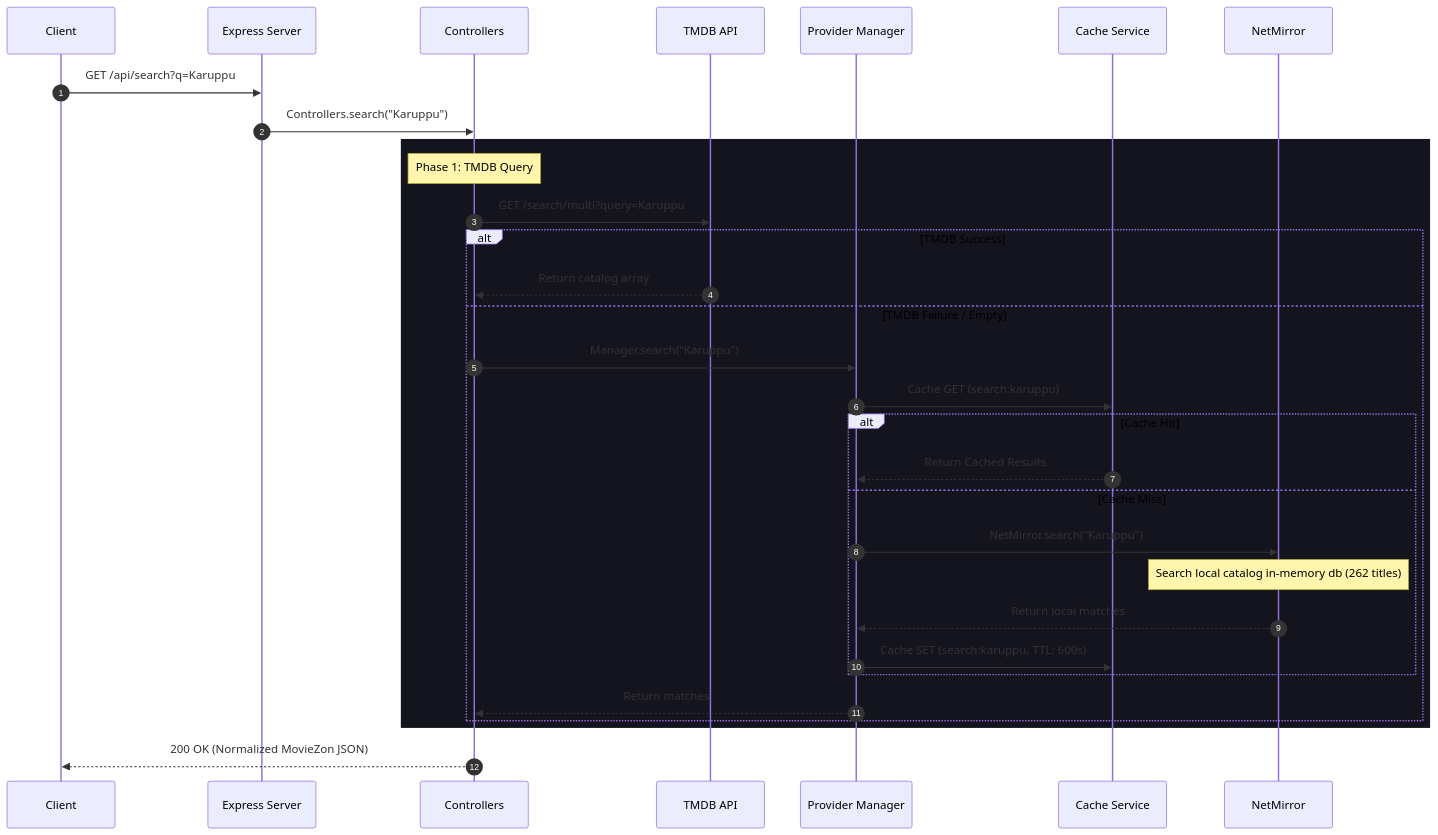
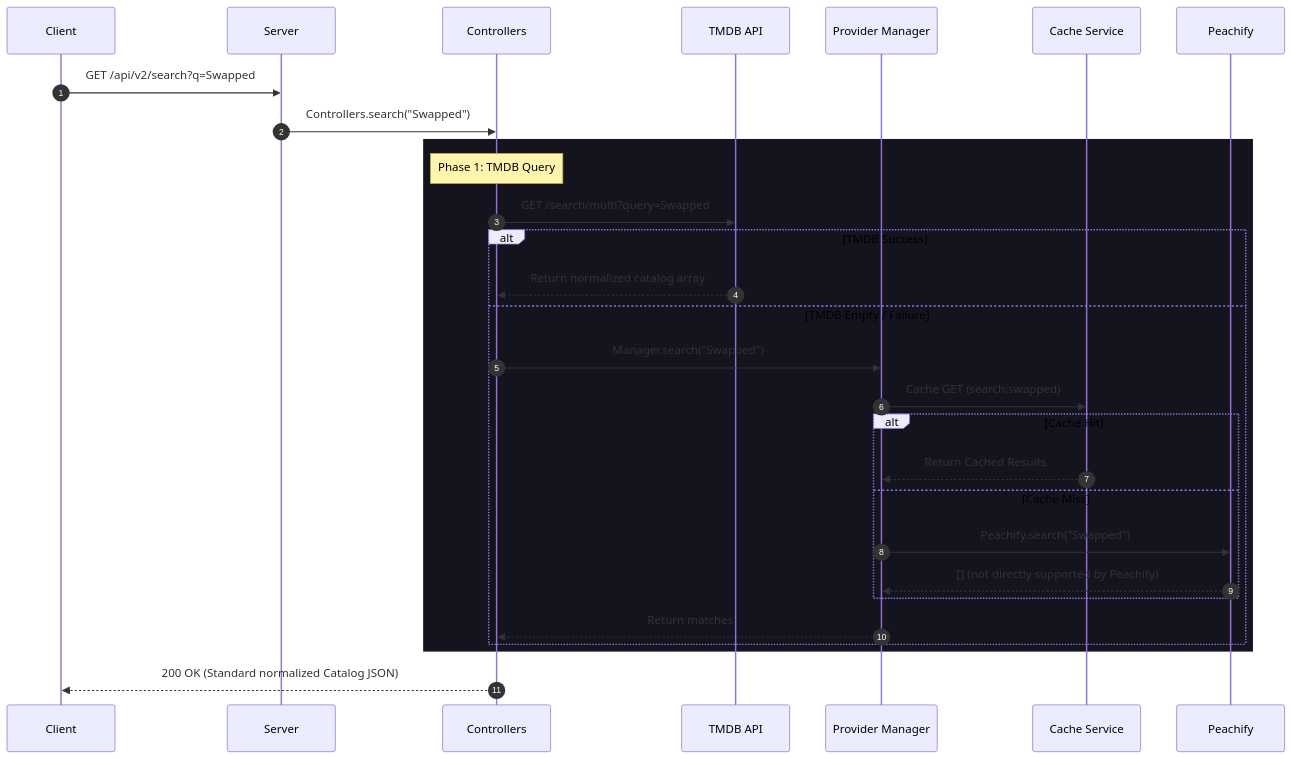
One commit to Kalaitechtubee/MovieZon-api changed the second of 6 diagrams in api_flow_documentation.md. Above: the diagram before and after it, drawn with Mermaid. The commit also changed other lines of this file and 14 other files, not shown here.

````diff
--- a/api_flow_documentation.md
+++ b/api_flow_documentation.md
@@ -58,28 +71,26 @@
 ```mermaid
 sequenceDiagram
     autonumber
-    Client->>Express Server: GET /api/search?q=Karuppu
-    Express Server->>Controllers: Controllers.search("Karuppu")
-
+    Client->>Server: GET /api/v2/search?q=Swapped
+    Server->>Controllers: Controllers.search("Swapped")
+    
     rect rgb(20, 20, 30)
         Note over Controllers: Phase 1: TMDB Query
-        Controllers->>TMDB API: GET /search/multi?query=Karuppu
+        Controllers->>TMDB API: GET /search/multi?query=Swapped
         alt TMDB Success
-            TMDB API-->>Controllers: Return catalog array
-        else TMDB Failure / Empty
-            Controllers->>Provider Manager: Manager.search("Karuppu")
-            Provider Manager->>Cache Service: Cache GET (search:karuppu)
+            TMDB API-->>Controllers: Return normalized catalog array
+        else TMDB Empty / Failure
+            Controllers->>Provider Manager: Manager.search("Swapped")
+            Provider Manager->>Cache Service: Cache GET (search:swapped)
             alt Cache Hit
                 Cache Service-->>Provider Manager: Return Cached Results
             else Cache Miss
-                Provider Manager->>NetMirror: NetMirror.search("Karuppu")
-                Note over NetMirror: Search local catalog in-memory db (262 titles)
-                NetMirror-->>Provider Manager: Return local matches
-                Provider Manager->>Cache Service: Cache SET (search:karuppu, TTL: 600s)
+                Provider Manager->>Peachify: Peachify.search("Swapped")
+                Peachify-->>Provider Manager: [] (not directly supported by Peachify)
             end
             Provider Manager-->>Controllers: Return matches
         end
     end
-
-    Controllers-->>Client: 200 OK (Normalized MovieZon JSON)
+    
+    Controllers-->>Client: 200 OK (Standard normalized Catalog JSON)
 ```
````
